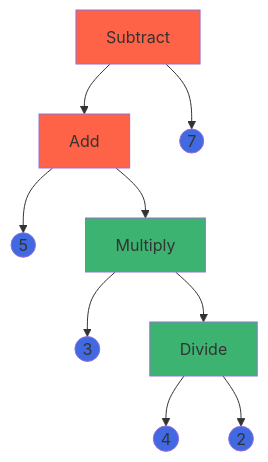
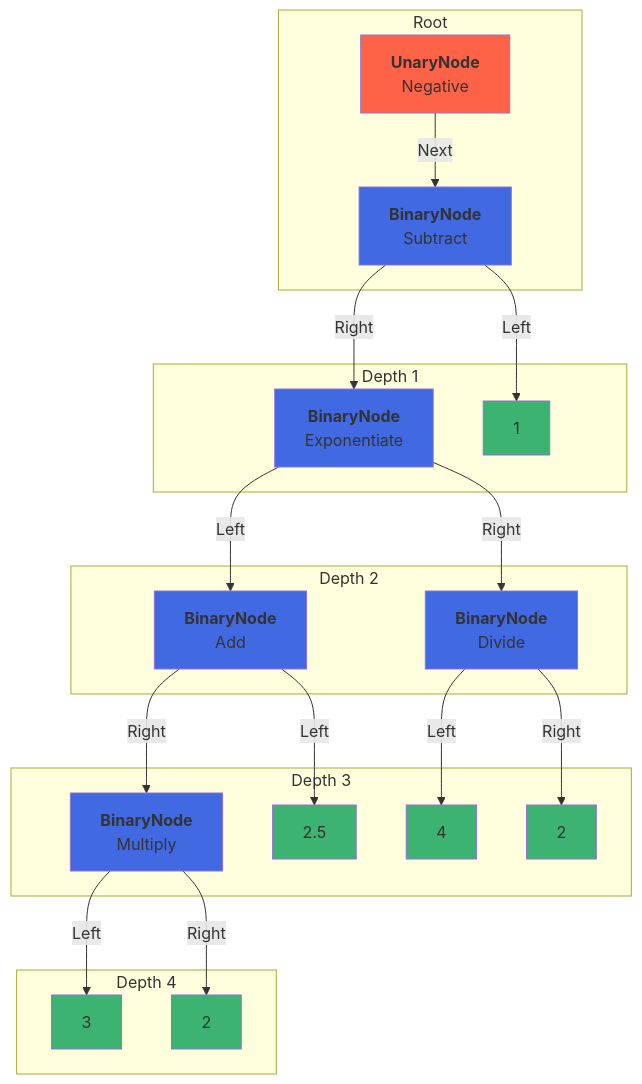
One commit to dariomrk/EvalExpression changed the diagram in README.md. Above: the diagram before and after it, drawn with Mermaid. The commit also changed other lines of this file, not shown here.

Commit message:
docs: update AST graph

````diff
--- a/README.md
+++ b/README.md
@@ -37,34 +35,52 @@
 ```mermaid
-flowchart TD
-    %% Nodes
-    root[Subtract]
-    root_left[Add]
-    root_right((7))
-    add_left((5))
-    add_right[Multiply]
-    multiply_left((3))
-    multiply_right[Divide]
-    divide_left((4))
-    divide_right((2))
+graph TD
+  classDef unary fill:tomato
+  classDef binary fill:royalblue
+  classDef numericLiteral fill:mediumseagreen
 
-    %% Connections
-    root --> root_left
-    root --> root_right
-    root_left --> add_left
-    root_left --> add_right
-    add_right --> multiply_left
-    add_right --> multiply_right
-    multiply_right --> divide_left
-    multiply_right --> divide_right
+  negative["`**UnaryNode**
+  Negative`"]
+  subtract["`**BinaryNode**
+  Subtract`"]
+  exponentiate["`**BinaryNode**
+  Exponentiate`"]
+  add["`**BinaryNode**
+  Add`"]
+  multiply["`**BinaryNode**
+  Multiply`"]
+  divide["`**BinaryNode**
+  Divide`"]
 
-    %% Styling
-    style root fill:tomato
-    style root_left fill:tomato
-    style add_right fill:mediumseagreen
-    style multiply_right fill:mediumseagreen
-    style root_right fill:royalblue
-    style add_left fill:royalblue
-    style multiply_left fill:royalblue
-    style divide_left fill:royalblue
-    style divide_right fill:royalblue
+  subtract_left[1]
+  add_left[2.5]
+  multiply_left[3]
+  multiply_right[2]
+  divide_left[4]
+  divide_right[2]
+  
+  subgraph Root
+    negative:::unary -- Next --> subtract:::binary
+  end
+
+  subgraph Depth 1
+    subtract -- Left --> subtract_left:::numericLiteral
+    subtract -- Right --> exponentiate:::binary
+  end
+
+  subgraph Depth 2
+    exponentiate -- Left --> add:::binary
+    exponentiate -- Right --> divide:::binary
+  end
+
+  subgraph Depth 3
+    add -- Left --> add_left:::numericLiteral
+    add -- Right --> multiply:::binary
+    divide -- Left --> divide_left:::numericLiteral
+    divide -- Right --> divide_right:::numericLiteral
+  end
+
+  subgraph Depth 4
+    multiply -- Left --> multiply_left:::numericLiteral
+    multiply -- Right --> multiply_right:::numericLiteral
+  end
 ```
````
